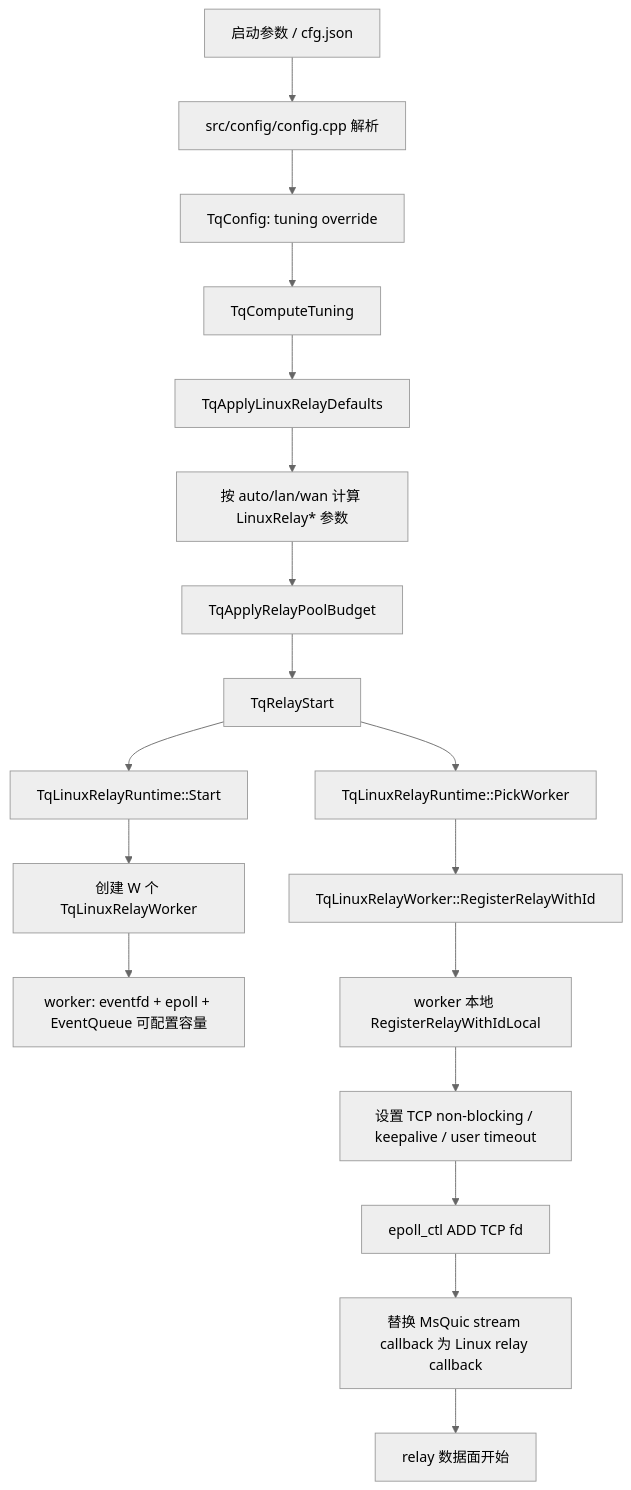
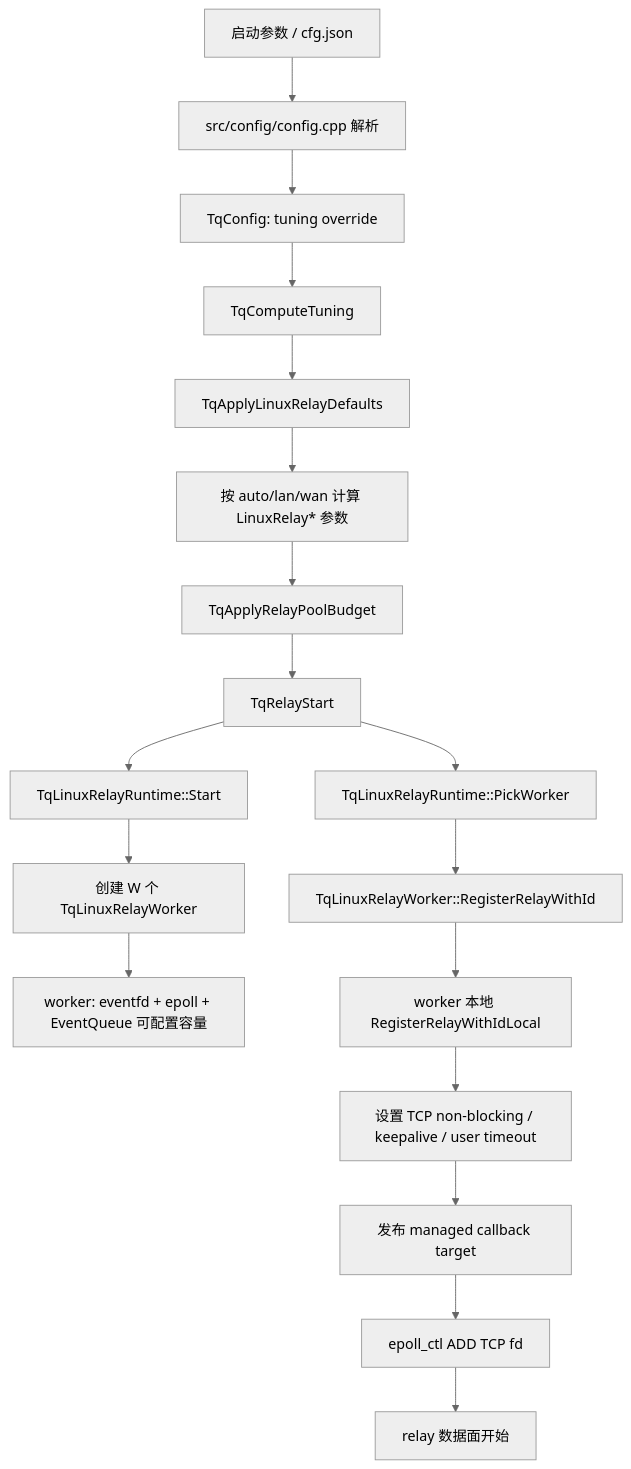
Before and after one commit to jack2007/tcpquic-proxy: the first of 3 diagrams in docs/relay_linux.md, drawn with Mermaid (neutral theme). The commit also changed other lines of this file and 21 other files, not shown here.

Commit message:
fix: own relay stream wrappers through terminal callbacks

````diff
--- a/docs/relay_linux.md
+++ b/docs/relay_linux.md
@@ -27,20 +27,20 @@
 ```mermaid
 flowchart TD
     A[启动参数 / cfg.json] --> B[src/config/config.cpp 解析]
     B --> C[TqConfig: tuning override]
     C --> D[TqComputeTuning]
     D --> E[TqApplyLinuxRelayDefaults]
     E --> F[按 auto/lan/wan 计算 LinuxRelay* 参数]
     F --> G[TqApplyRelayPoolBudget]
     G --> H[TqRelayStart]
     H --> I[TqLinuxRelayRuntime::Start]
     I --> J[创建 W 个 TqLinuxRelayWorker]
     J --> K[worker: eventfd + epoll + EventQueue 可配置容量]
     H --> L[TqLinuxRelayRuntime::PickWorker]
     L --> M[TqLinuxRelayWorker::RegisterRelayWithId]
     M --> N[worker 本地 RegisterRelayWithIdLocal]
     N --> O[设置 TCP non-blocking / keepalive / user timeout]
-    O --> P[epoll_ctl ADD TCP fd]
-    P --> Q[替换 MsQuic stream callback 为 Linux relay callback]
+    O --> P[发布 managed callback target]
+    P --> Q[epoll_ctl ADD TCP fd]
     Q --> R[relay 数据面开始]
 ```
````
